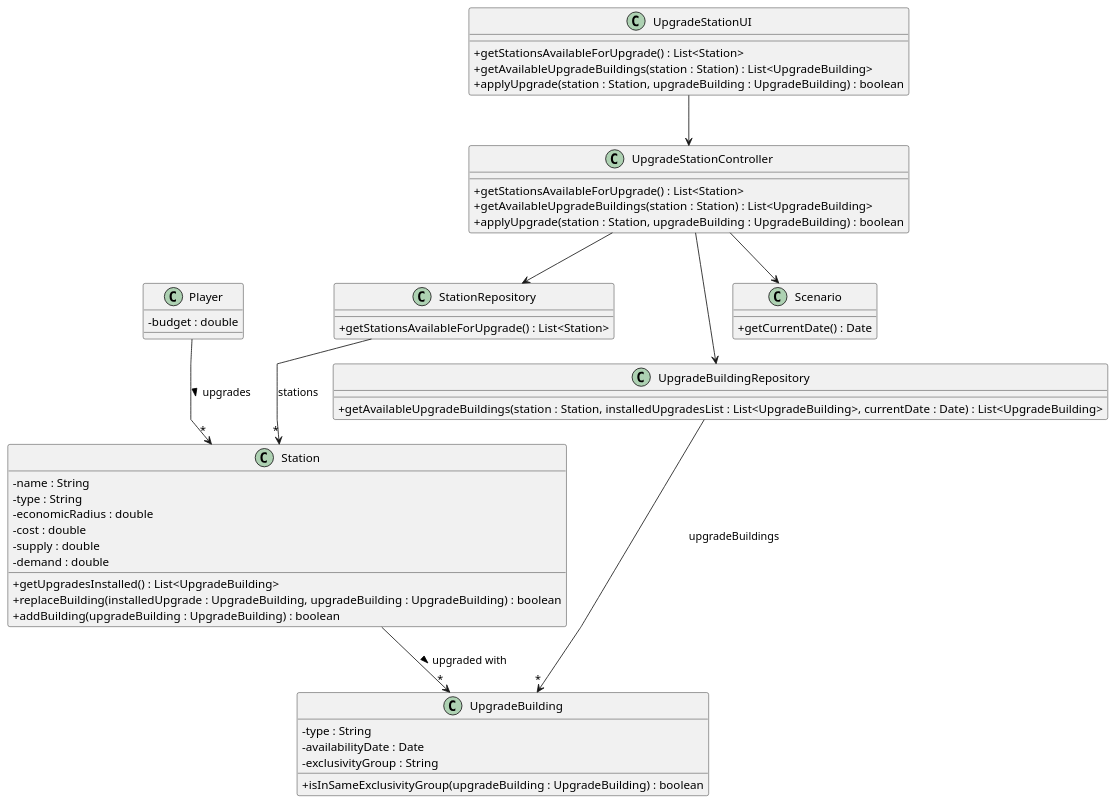
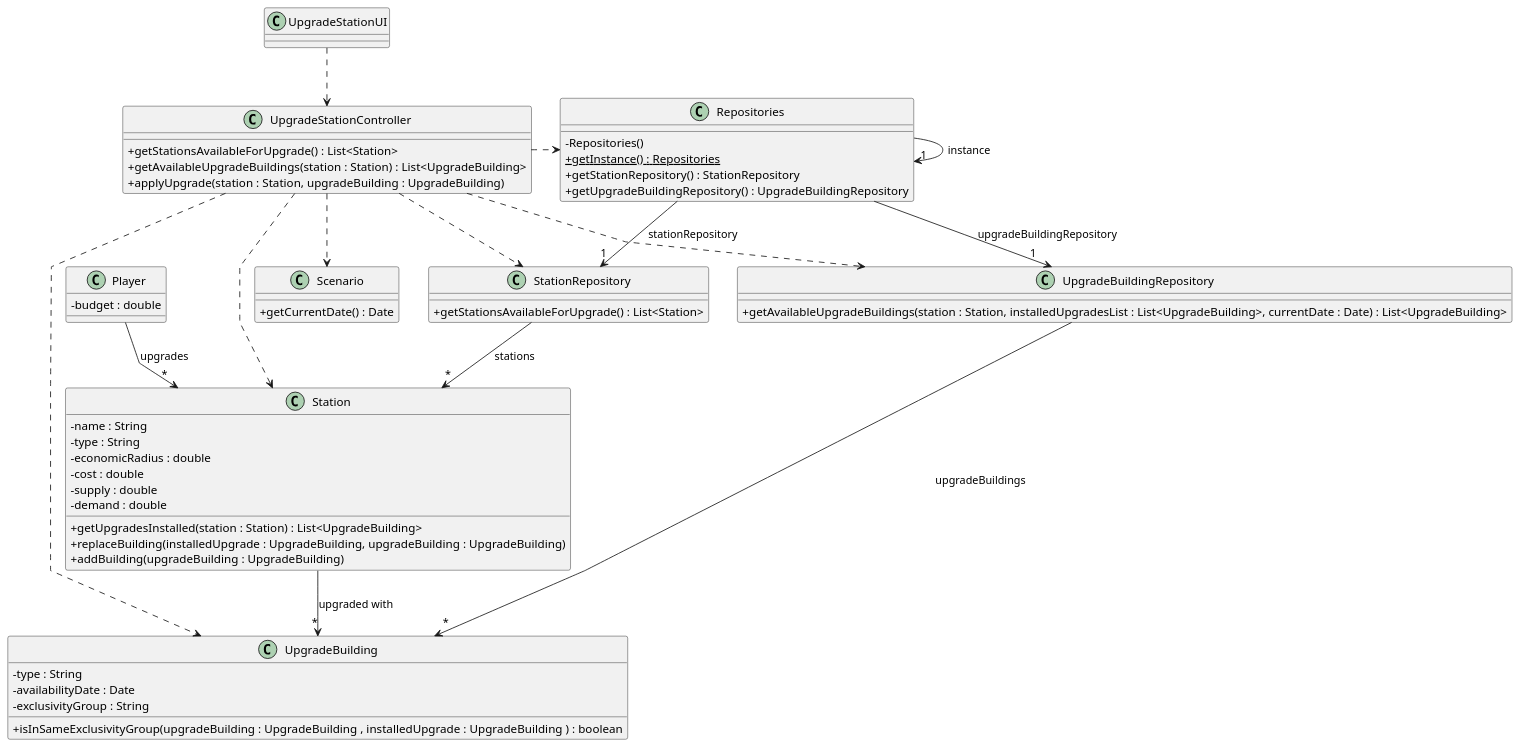
The diagram in docs/system-documentation/sprint 2/US06/03.design/puml/US006-CD.puml (Educ00/mdisc-2425), drawn with PlantUML before and after one commit. The commit also changed 4 other files, not shown here.

```diff
--- a/docs/system-documentation/sprint 2/US06/03.design/puml/US006-CD.puml
+++ b/docs/system-documentation/sprint 2/US06/03.design/puml/US006-CD.puml
@@ -1,63 +1,73 @@
 @startuml
 skinparam packageStyle rectangle
 skinparam shadowing false
 skinparam linetype polyline
 skinparam classAttributeIconSize 0
 
 class Player {
     - budget : double
 }
 
 class UpgradeStationUI {
-    + getStationsAvailableForUpgrade() : List<Station>
-    + getAvailableUpgradeBuildings(station : Station) : List<UpgradeBuilding>
-    + applyUpgrade(station : Station, upgradeBuilding : UpgradeBuilding) : boolean
 }
 
 class UpgradeStationController {
     + getStationsAvailableForUpgrade() : List<Station>
     + getAvailableUpgradeBuildings(station : Station) : List<UpgradeBuilding>
-    + applyUpgrade(station : Station, upgradeBuilding : UpgradeBuilding) : boolean
+    + applyUpgrade(station : Station, upgradeBuilding : UpgradeBuilding)
 }
+
+class Repositories {
+            - Repositories()
+            + {static} getInstance() : Repositories
+            + getStationRepository() : StationRepository
+            + getUpgradeBuildingRepository() : UpgradeBuildingRepository
+        }
 
 class StationRepository {
     + getStationsAvailableForUpgrade() : List<Station>
 }
 
 class UpgradeBuildingRepository {
     + getAvailableUpgradeBuildings(station : Station, installedUpgradesList : List<UpgradeBuilding>, currentDate : Date) : List<UpgradeBuilding>
 }
 
 class Station {
     - name : String
     - type : String
     - economicRadius : double
     - cost : double
     - supply : double
     - demand : double
-    + getUpgradesInstalled() : List<UpgradeBuilding>
-    + replaceBuilding(installedUpgrade : UpgradeBuilding, upgradeBuilding : UpgradeBuilding) : boolean
-    + addBuilding(upgradeBuilding : UpgradeBuilding) : boolean
+    + getUpgradesInstalled(station : Station) : List<UpgradeBuilding>
+    + replaceBuilding(installedUpgrade : UpgradeBuilding, upgradeBuilding : UpgradeBuilding)
+    + addBuilding(upgradeBuilding : UpgradeBuilding)
 }
 
 class UpgradeBuilding {
     - type : String
     - availabilityDate : Date
     - exclusivityGroup : String
-    + isInSameExclusivityGroup(upgradeBuilding : UpgradeBuilding) : boolean
+    + isInSameExclusivityGroup(upgradeBuilding : UpgradeBuilding , installedUpgrade : UpgradeBuilding ) : boolean
 }
 
 class Scenario {
     + getCurrentDate() : Date
 }
 
-Player --> "*" Station : upgrades >
-Station --> "*" UpgradeBuilding : upgraded with >
-UpgradeStationUI --> UpgradeStationController
-UpgradeStationController --> StationRepository
-UpgradeStationController --> UpgradeBuildingRepository
-UpgradeStationController --> Scenario
+Player --> "*" Station : upgrades
+Station --> "*" UpgradeBuilding : upgraded with
+UpgradeStationUI ..> UpgradeStationController
+UpgradeStationController .> Repositories
+Repositories -> "1" Repositories : instance
+Repositories --> "1" StationRepository : stationRepository
+Repositories --> "1" UpgradeBuildingRepository : upgradeBuildingRepository
+UpgradeStationController ..> StationRepository
+UpgradeStationController ..> UpgradeBuildingRepository
+UpgradeStationController ..> Scenario
+UpgradeStationController ..> Station
+UpgradeStationController ..> UpgradeBuilding
 StationRepository --> "*" Station : stations
 UpgradeBuildingRepository --> "*" UpgradeBuilding : upgradeBuildings
 
 @enduml
```
